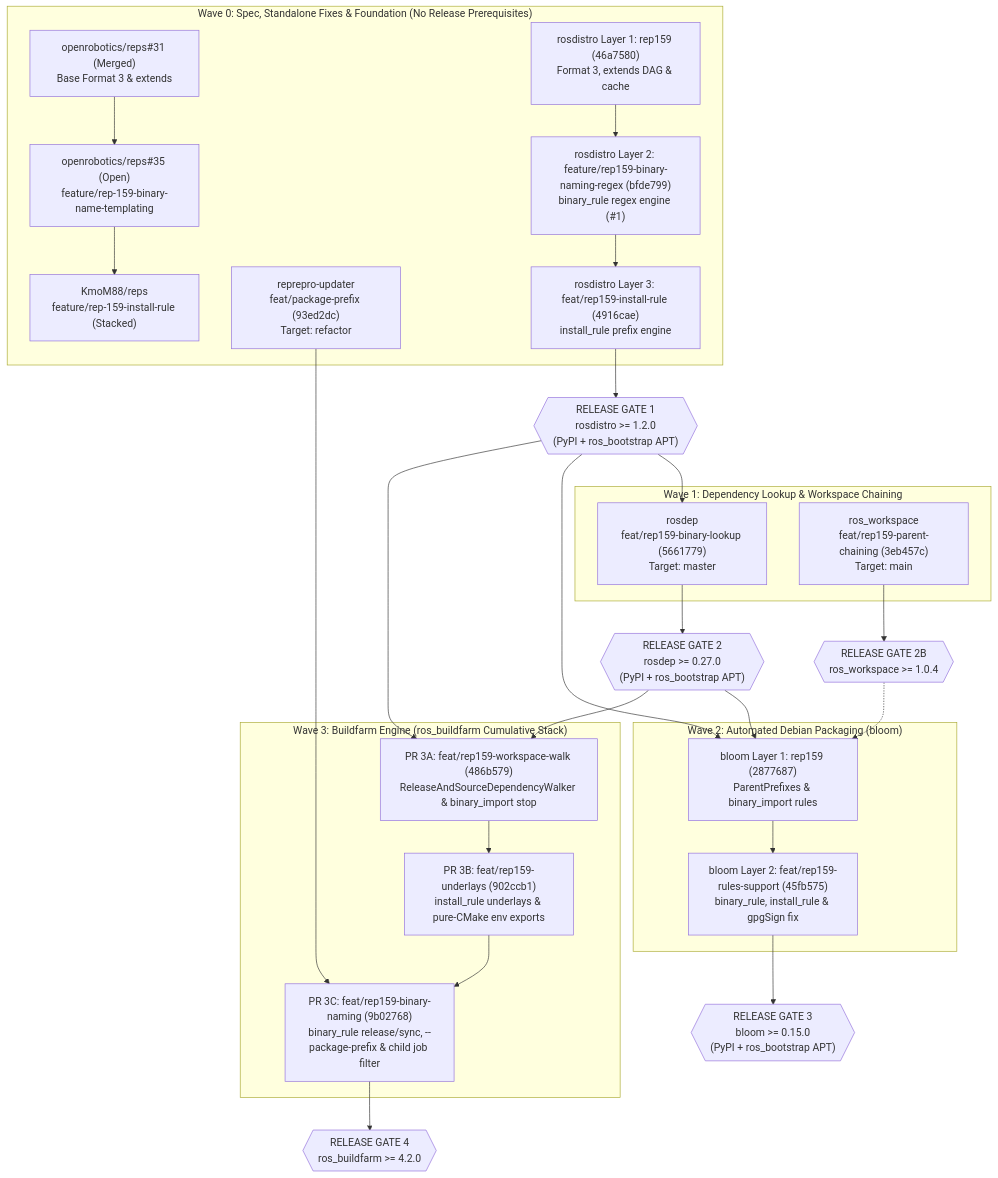
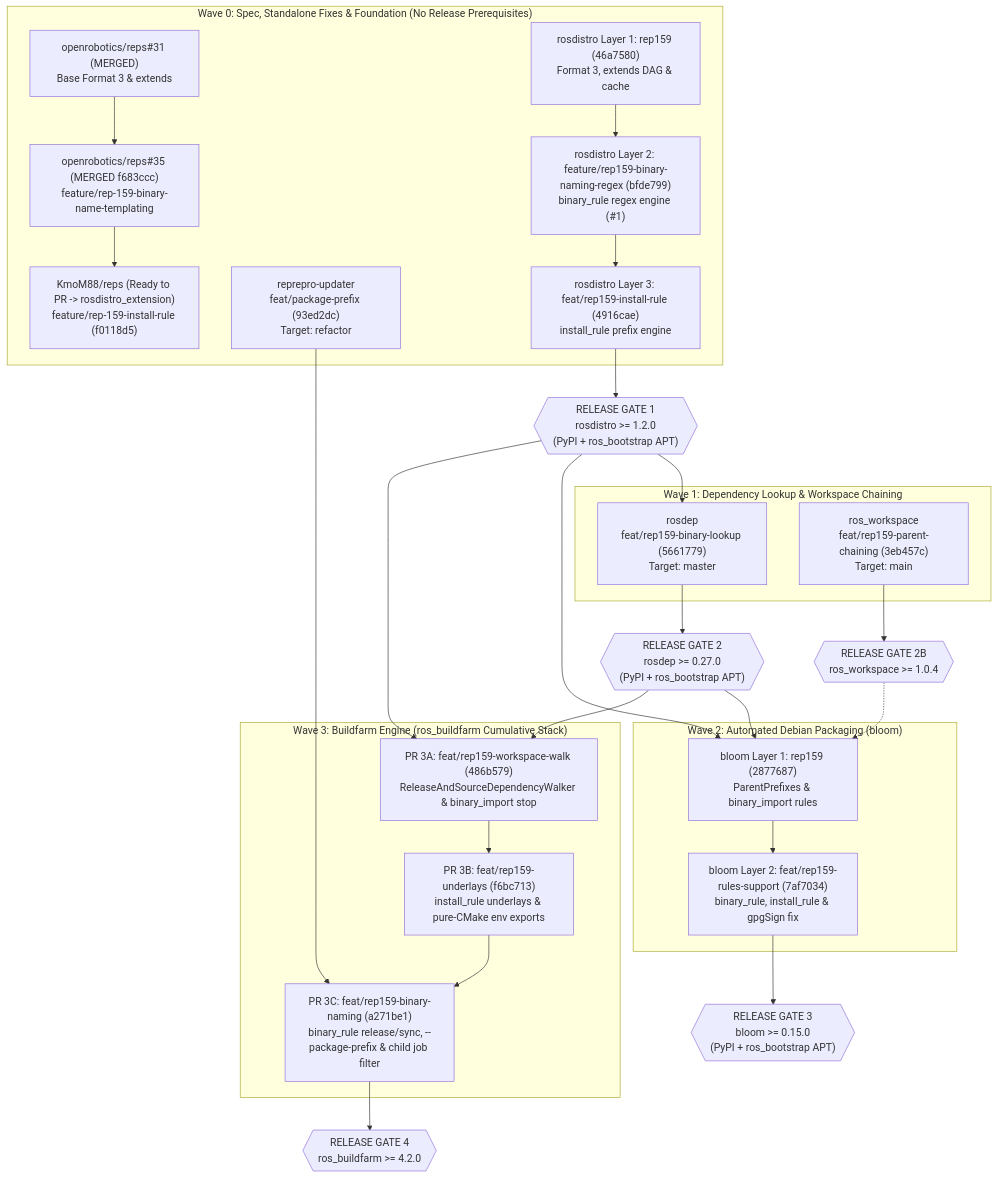
The diagram in ROLLOUT_PLAN.md (KmoM88/rep159-testing), drawn with Mermaid before and after one commit. The commit also changed other lines of this file and 2 other files, not shown here.

Commit message:
docs(rollout): remove uppercase variable duplicates, clarify workspace-walk & reps status

````diff
--- a/ROLLOUT_PLAN.md
+++ b/ROLLOUT_PLAN.md
@@ -12,41 +13,41 @@
 ```mermaid
 flowchart TD
     subgraph Wave0 ["Wave 0: Spec, Standalone Fixes & Foundation (No Release Prerequisites)"]
-        REPS1["openrobotics/reps#31 (Merged)<br/>Base Format 3 & extends"] --> REPS2["openrobotics/reps#35 (Open)<br/>feature/rep-159-binary-name-templating"]
-        REPS2 --> REPS3["KmoM88/reps<br/>feature/rep-159-install-rule (Stacked)"]
+        REPS1["openrobotics/reps#31 (MERGED)<br/>Base Format 3 & extends"] --> REPS2["openrobotics/reps#35 (MERGED f683ccc)<br/>feature/rep-159-binary-name-templating"]
+        REPS2 --> REPS3["KmoM88/reps (Ready to PR -> rosdistro_extension)<br/>feature/rep-159-install-rule (f0118d5)"]
 
         REPREPRO["reprepro-updater<br/>feat/package-prefix (93ed2dc)<br/>Target: refactor"]
 
         RD1["rosdistro Layer 1: rep159 (46a7580)<br/>Format 3, extends DAG & cache"] --> RD2["rosdistro Layer 2: feature/rep159-binary-naming-regex (bfde799)<br/>binary_rule regex engine (#1)"]
         RD2 --> RD3["rosdistro Layer 3: feat/rep159-install-rule (4916cae)<br/>install_rule prefix engine"]
     end
 
     RD3 --> GATE1{{"RELEASE GATE 1<br/>rosdistro >= 1.2.0<br/>(PyPI + ros_bootstrap APT)"}}
 
     subgraph Wave1 ["Wave 1: Dependency Lookup & Workspace Chaining"]
         ROSDEP["rosdep<br/>feat/rep159-binary-lookup (5661779)<br/>Target: master"]
         WS["ros_workspace<br/>feat/rep159-parent-chaining (3eb457c)<br/>Target: main"]
     end
 
     GATE1 --> ROSDEP --> GATE2{{"RELEASE GATE 2<br/>rosdep >= 0.27.0<br/>(PyPI + ros_bootstrap APT)"}}
     WS --> GATE2B{{"RELEASE GATE 2B<br/>ros_workspace >= 1.0.4"}}
 
     subgraph Wave2 ["Wave 2: Automated Debian Packaging (bloom)"]
-        BL1["bloom Layer 1: rep159 (2877687)<br/>ParentPrefixes & binary_import rules"] --> BL2["bloom Layer 2: feat/rep159-rules-support (45fb575)<br/>binary_rule, install_rule & gpgSign fix"]
+        BL1["bloom Layer 1: rep159 (2877687)<br/>ParentPrefixes & binary_import rules"] --> BL2["bloom Layer 2: feat/rep159-rules-support (7af7034)<br/>binary_rule, install_rule & gpgSign fix"]
     end
 
     GATE1 --> BL1
     GATE2 --> BL1
     GATE2B -.-> BL1
     BL2 --> GATE3{{"RELEASE GATE 3<br/>bloom >= 0.15.0<br/>(PyPI + ros_bootstrap APT)"}}
 
     subgraph Wave3 ["Wave 3: Buildfarm Engine (ros_buildfarm Cumulative Stack)"]
-        BF1["PR 3A: feat/rep159-workspace-walk (486b579)<br/>ReleaseAndSourceDependencyWalker & binary_import stop"] --> BF2["PR 3B: feat/rep159-underlays (902ccb1)<br/>install_rule underlays & pure-CMake env exports"]
-        BF2 --> BF3["PR 3C: feat/rep159-binary-naming (9b02768)<br/>binary_rule release/sync, --package-prefix & child job filter"]
+        BF1["PR 3A: feat/rep159-workspace-walk (486b579)<br/>ReleaseAndSourceDependencyWalker & binary_import stop"] --> BF2["PR 3B: feat/rep159-underlays (f6bc713)<br/>install_rule underlays & pure-CMake env exports"]
+        BF2 --> BF3["PR 3C: feat/rep159-binary-naming (a271be1)<br/>binary_rule release/sync, --package-prefix & child job filter"]
     end
 
     GATE1 --> BF1
     GATE2 --> BF1
     REPREPRO --> BF3
     BF3 --> GATE4{{"RELEASE GATE 4<br/>ros_buildfarm >= 4.2.0"}}
 ```
````
